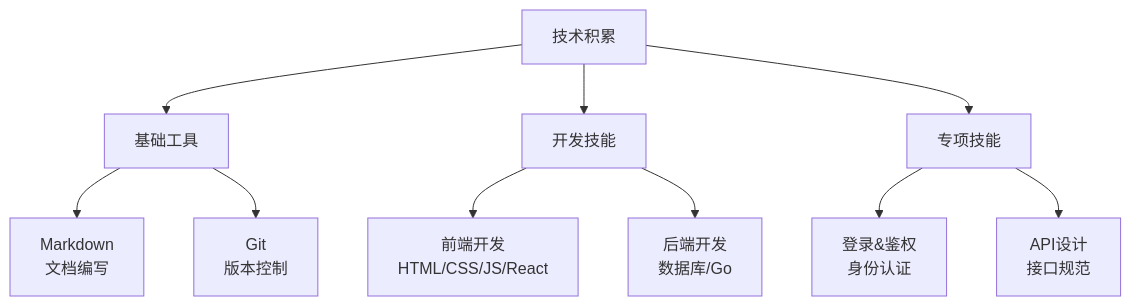
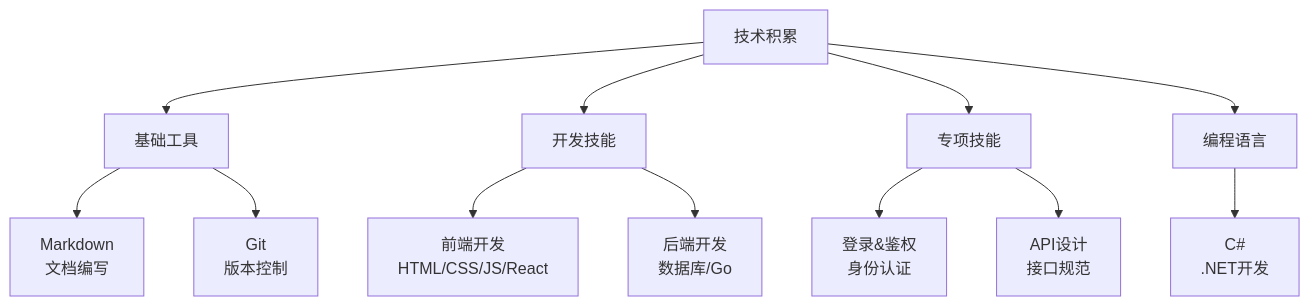
One commit to Lucien-Joelle/notebook changed the diagram in docs/技术积累/index.md. Above: the diagram before and after it, drawn with Mermaid. The commit also changed other lines of this file and 4 other files, not shown here.

````diff
--- a/docs/技术积累/index.md
+++ b/docs/技术积累/index.md
@@ -23,15 +27,18 @@
 ```mermaid
 graph TB
     A[技术积累] --> B[基础工具]
     A --> C[开发技能]
     A --> D[专项技能]
+    A --> E[编程语言]
     
-    B --> E[Markdown<br/>文档编写]
-    B --> F[Git<br/>版本控制]
+    B --> F[Markdown<br/>文档编写]
+    B --> G[Git<br/>版本控制]
     
-    C --> G[前端开发<br/>HTML/CSS/JS/React]
-    C --> H[后端开发<br/>数据库/Go]
+    C --> H[前端开发<br/>HTML/CSS/JS/React]
+    C --> I[后端开发<br/>数据库/Go]
     
-    D --> I[登录&鉴权<br/>身份认证]
-    D --> J[API设计<br/>接口规范]
+    D --> J[登录&鉴权<br/>身份认证]
+    D --> K[API设计<br/>接口规范]
+    
+    E --> L[C#<br/>.NET开发]
 ```
````
